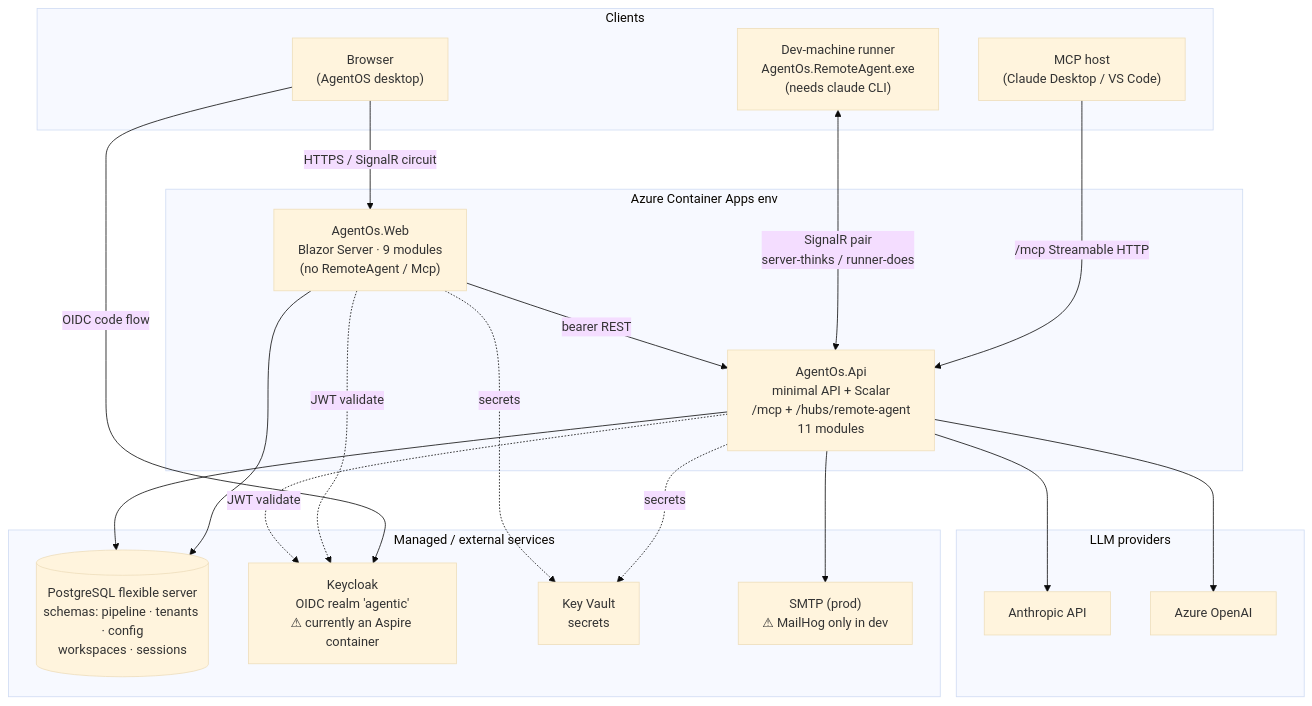
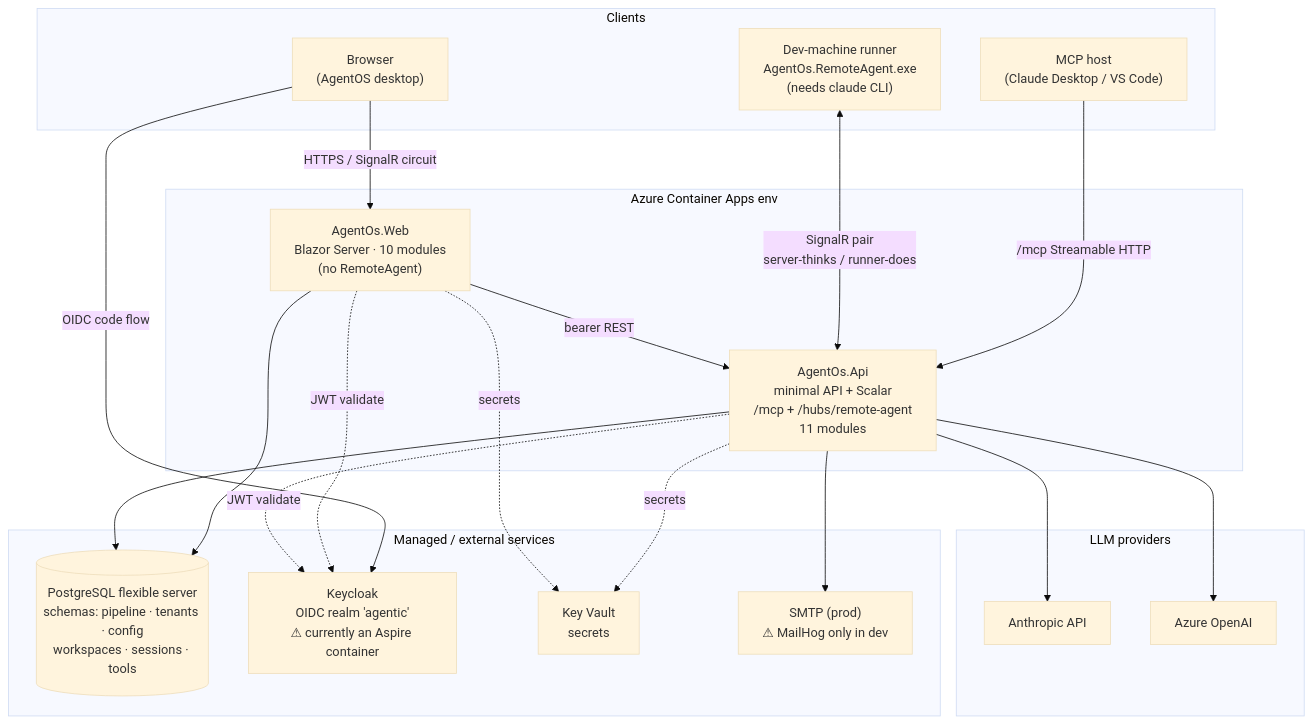
The first of 4 diagrams in docs/architecture.md (hoangsnowy/AgentOs), drawn with Mermaid (base theme) before and after one commit. The commit also changed other lines of this file and 28 other files, not shown here.

````diff
--- a/docs/architecture.md
+++ b/docs/architecture.md
@@ -20,41 +20,41 @@
 ```mermaid
 flowchart TB
   subgraph clients[Clients]
     Browser["Browser<br/>(AgentOS desktop)"]
     MCPhost["MCP host<br/>(Claude Desktop / VS Code)"]
     Runner["Dev-machine runner<br/>AgentOs.RemoteAgent.exe<br/>(needs claude CLI)"]
   end
 
   subgraph aca["Azure Container Apps env"]
-    Web["AgentOs.Web<br/>Blazor Server · 9 modules<br/>(no RemoteAgent / Mcp)"]
+    Web["AgentOs.Web<br/>Blazor Server · 10 modules<br/>(no RemoteAgent)"]
     Api["AgentOs.Api<br/>minimal API + Scalar<br/>/mcp + /hubs/remote-agent<br/>11 modules"]
   end
 
   subgraph managed["Managed / external services"]
-    PG[("PostgreSQL flexible server<br/>schemas: pipeline · tenants · config<br/>workspaces · sessions")]
+    PG[("PostgreSQL flexible server<br/>schemas: pipeline · tenants · config<br/>workspaces · sessions · tools")]
     KC["Keycloak<br/>OIDC realm 'agentic'<br/>⚠ currently an Aspire container"]
     KV["Key Vault<br/>secrets"]
     SMTP["SMTP (prod)<br/>⚠ MailHog only in dev"]
   end
 
   subgraph providers[LLM providers]
     ANTH["Anthropic API"]
     AOAI["Azure OpenAI"]
   end
 
   Browser -->|"OIDC code flow"| KC
   Browser -->|"HTTPS / SignalR circuit"| Web
   MCPhost -->|"/mcp Streamable HTTP"| Api
   Runner <-->|"SignalR pair<br/>server-thinks / runner-does"| Api
 
   Web -->|"bearer REST"| Api
   Web --> PG
   Api --> PG
   Web -.->|"JWT validate"| KC
   Api -.->|"JWT validate"| KC
   Api -.secrets.-> KV
   Web -.secrets.-> KV
   Api --> SMTP
   Api --> ANTH
   Api --> AOAI
 ```
````
